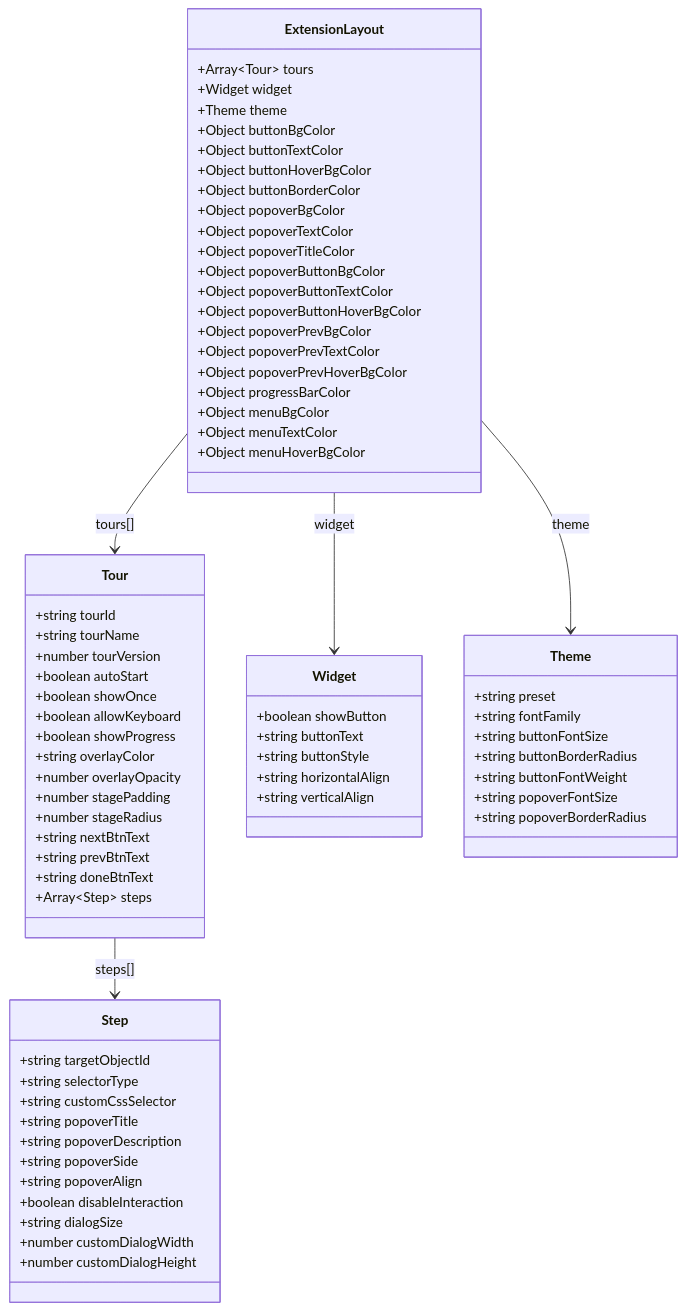
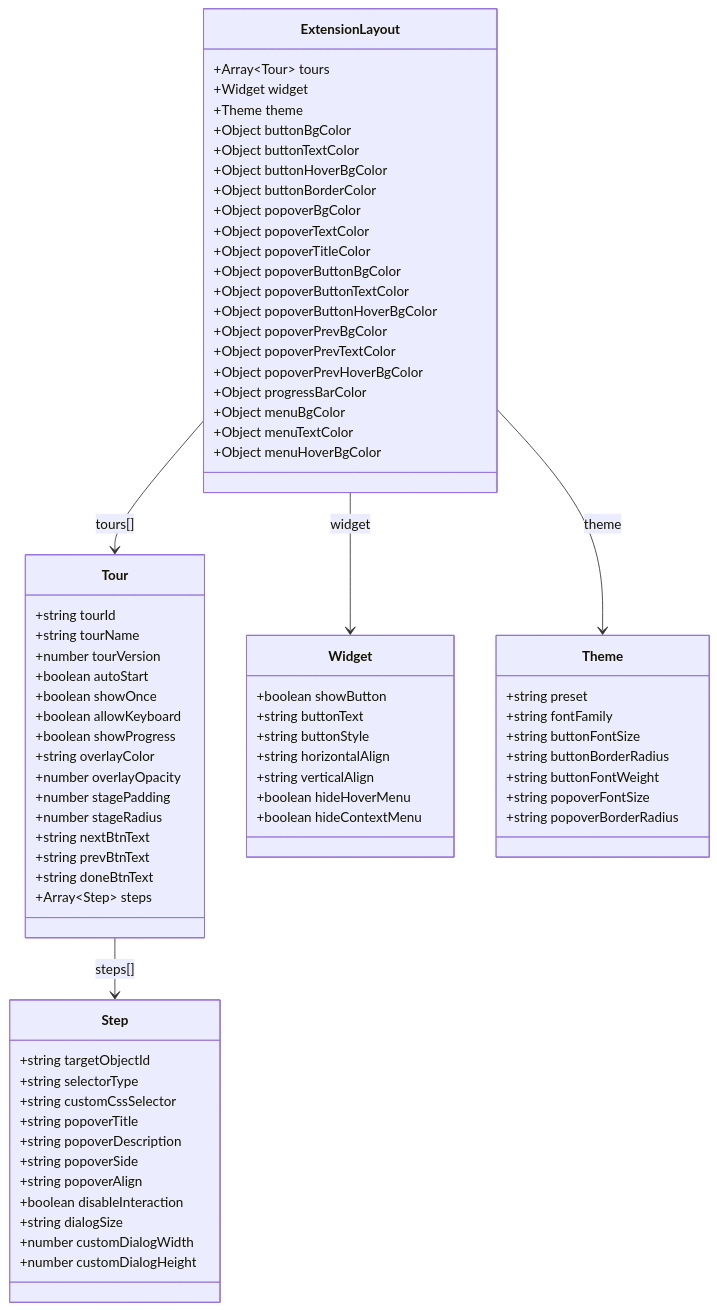
Before and after one commit to ptarmiganlabs/onboard.qs: the first of 5 diagrams in docs/TOUR-SYSTEM.md, drawn with Mermaid. The commit also changed 9 other files, not shown here.

First line of the commit message:
feat: add extension properties for hiding hover menu and context menu

````diff
--- a/docs/TOUR-SYSTEM.md
+++ b/docs/TOUR-SYSTEM.md
@@ -9,80 +9,82 @@
 ```mermaid
 classDiagram
     class ExtensionLayout {
         +Array~Tour~ tours
         +Widget widget
         +Theme theme
         +Object buttonBgColor
         +Object buttonTextColor
         +Object buttonHoverBgColor
         +Object buttonBorderColor
         +Object popoverBgColor
         +Object popoverTextColor
         +Object popoverTitleColor
         +Object popoverButtonBgColor
         +Object popoverButtonTextColor
         +Object popoverButtonHoverBgColor
         +Object popoverPrevBgColor
         +Object popoverPrevTextColor
         +Object popoverPrevHoverBgColor
         +Object progressBarColor
         +Object menuBgColor
         +Object menuTextColor
         +Object menuHoverBgColor
     }
 
     class Tour {
         +string tourId
         +string tourName
         +number tourVersion
         +boolean autoStart
         +boolean showOnce
         +boolean allowKeyboard
         +boolean showProgress
         +string overlayColor
         +number overlayOpacity
         +number stagePadding
         +number stageRadius
         +string nextBtnText
         +string prevBtnText
         +string doneBtnText
         +Array~Step~ steps
     }
 
     class Step {
         +string targetObjectId
         +string selectorType
         +string customCssSelector
         +string popoverTitle
         +string popoverDescription
         +string popoverSide
         +string popoverAlign
         +boolean disableInteraction
         +string dialogSize
         +number customDialogWidth
         +number customDialogHeight
     }
 
     class Widget {
         +boolean showButton
         +string buttonText
         +string buttonStyle
         +string horizontalAlign
         +string verticalAlign
+        +boolean hideHoverMenu
+        +boolean hideContextMenu
     }
 
     class Theme {
         +string preset
         +string fontFamily
         +string buttonFontSize
         +string buttonBorderRadius
         +string buttonFontWeight
         +string popoverFontSize
         +string popoverBorderRadius
     }
 
     ExtensionLayout --> Tour : tours[]
     ExtensionLayout --> Widget : widget
     ExtensionLayout --> Theme : theme
     Tour --> Step : steps[]
 ```
````
